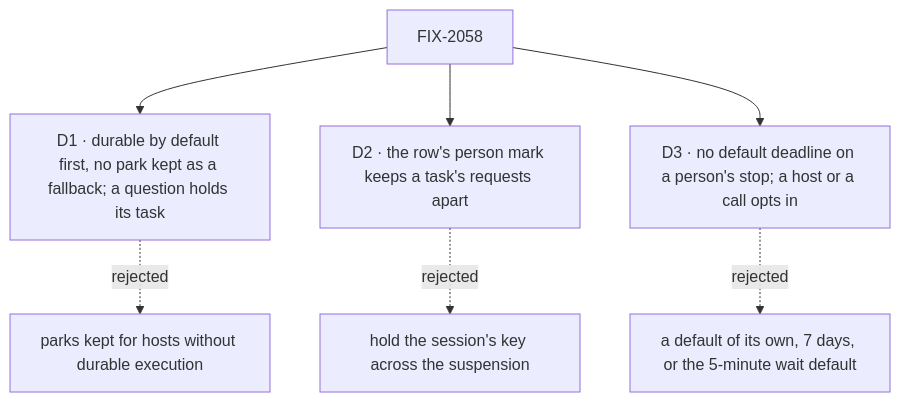
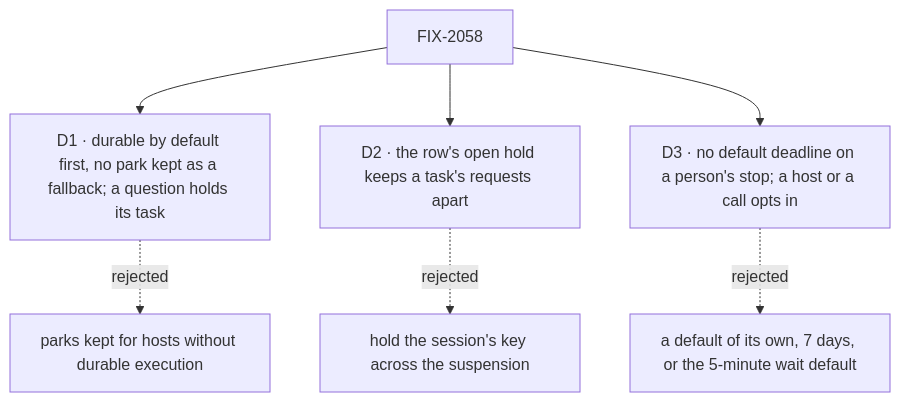
Before and after one commit to fixpoint-labs/flow-state-dev: the diagram in specs/epics/FIX-2058/DECISIONS.md, drawn with Mermaid. The commit also changed other lines of this file and 12 other files, not shown here.

First line of the commit message:
spec(FIX-2058): one list of holds per task; the Inbox is one item type over open holds (#3881)

````diff
--- a/specs/epics/FIX-2058/DECISIONS.md
+++ b/specs/epics/FIX-2058/DECISIONS.md
@@ -12,9 +14,9 @@
 ```mermaid
 flowchart TD
   E["FIX-2058"] --> D1["D1 · durable by default first, no park kept as a fallback; a question holds its task"]
   D1 -.->|"rejected"| X1["parks kept for hosts without durable execution"]
-  E --> D2["D2 · the row's person mark keeps a task's requests apart"]
+  E --> D2["D2 · the row's open hold keeps a task's requests apart"]
   D2 -.->|"rejected"| X2["hold the session's key across the suspension"]
   E --> D3["D3 · no default deadline on a person's stop; a host or a call opts in"]
   D3 -.->|"rejected"| X3["a default of its own, 7 days, or the 5-minute wait default"]
 ```
````
